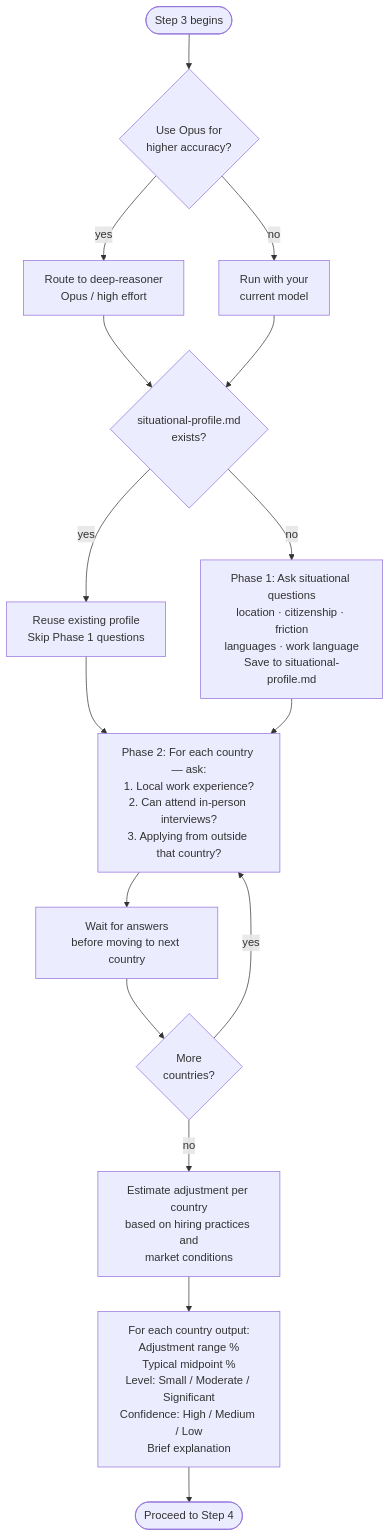
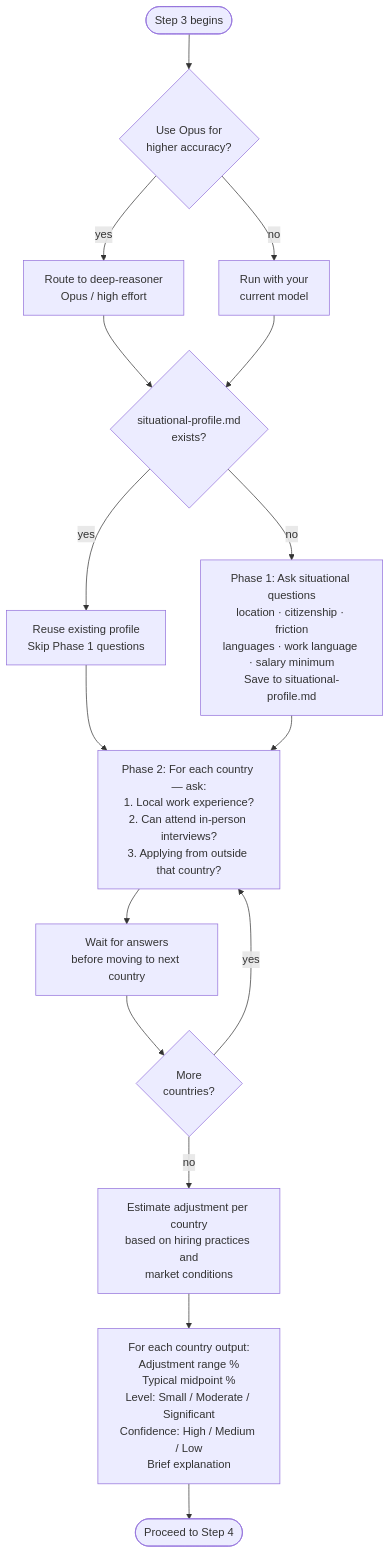
One commit to myowinthein/agent-compass changed the diagram in docs/commands/salary-calculator/step3-international-adjustment.md. Above: the diagram before and after it, drawn with Mermaid. The commit also changed other lines of this file and 6 other files, not shown here.

````diff
--- a/docs/commands/salary-calculator/step3-international-adjustment.md
+++ b/docs/commands/salary-calculator/step3-international-adjustment.md
@@ -14,20 +14,20 @@
 ```mermaid
 flowchart TD
   Start([Step 3 begins]) --> OpusQ{Use Opus for\nhigher accuracy?}
   OpusQ -->|yes| DeepReasoner[Route to deep-reasoner\nOpus / high effort]
   OpusQ -->|no| CurrentModel[Run with your\ncurrent model]
   DeepReasoner --> SitCheck
   CurrentModel --> SitCheck{situational-profile.md\nexists?}
   SitCheck -->|yes| ReuseSit[Reuse existing profile\nSkip Phase 1 questions]
-  SitCheck -->|no| Phase1[Phase 1: Ask situational questions\nlocation · citizenship · friction\nlanguages · work language\nSave to situational-profile.md]
+  SitCheck -->|no| Phase1[Phase 1: Ask situational questions\nlocation · citizenship · friction\nlanguages · work language · salary minimum\nSave to situational-profile.md]
   ReuseSit --> Phase2
   Phase1 --> Phase2
 
   Phase2[Phase 2: For each country — ask:\n1. Local work experience?\n2. Can attend in-person interviews?\n3. Applying from outside that country?] --> WaitAnswer[Wait for answers\nbefore moving to next country]
   WaitAnswer --> More{More\ncountries?}
   More -->|yes| Phase2
   More -->|no| Estimate
 
   Estimate[Estimate adjustment per country\nbased on hiring practices and\nmarket conditions] --> Output[For each country output:\nAdjustment range %\nTypical midpoint %\nLevel: Small / Moderate / Significant\nConfidence: High / Medium / Low\nBrief explanation]
   Output --> Done([Proceed to Step 4])
 ```
````
